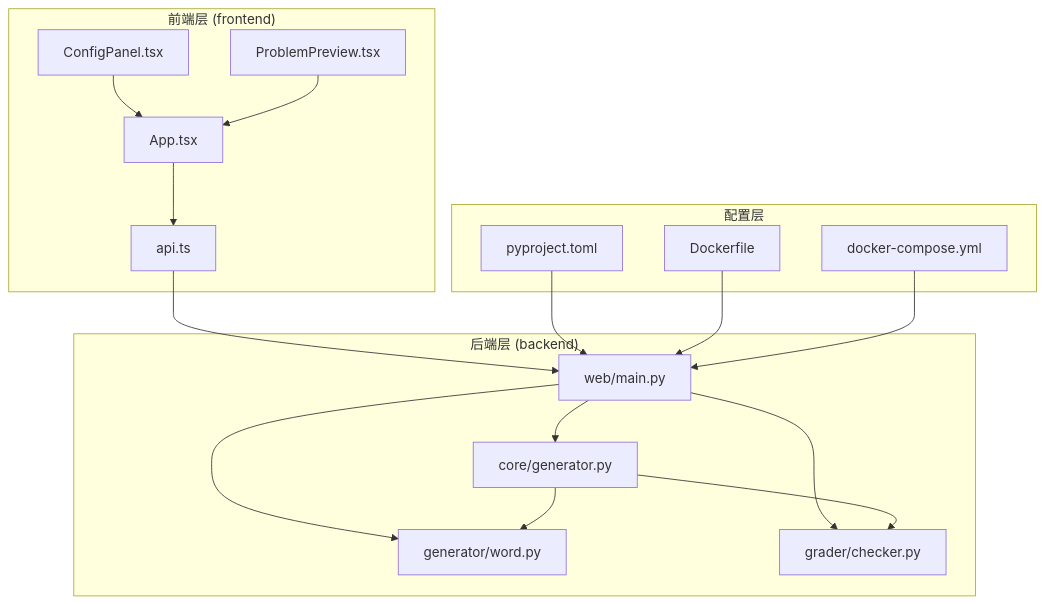
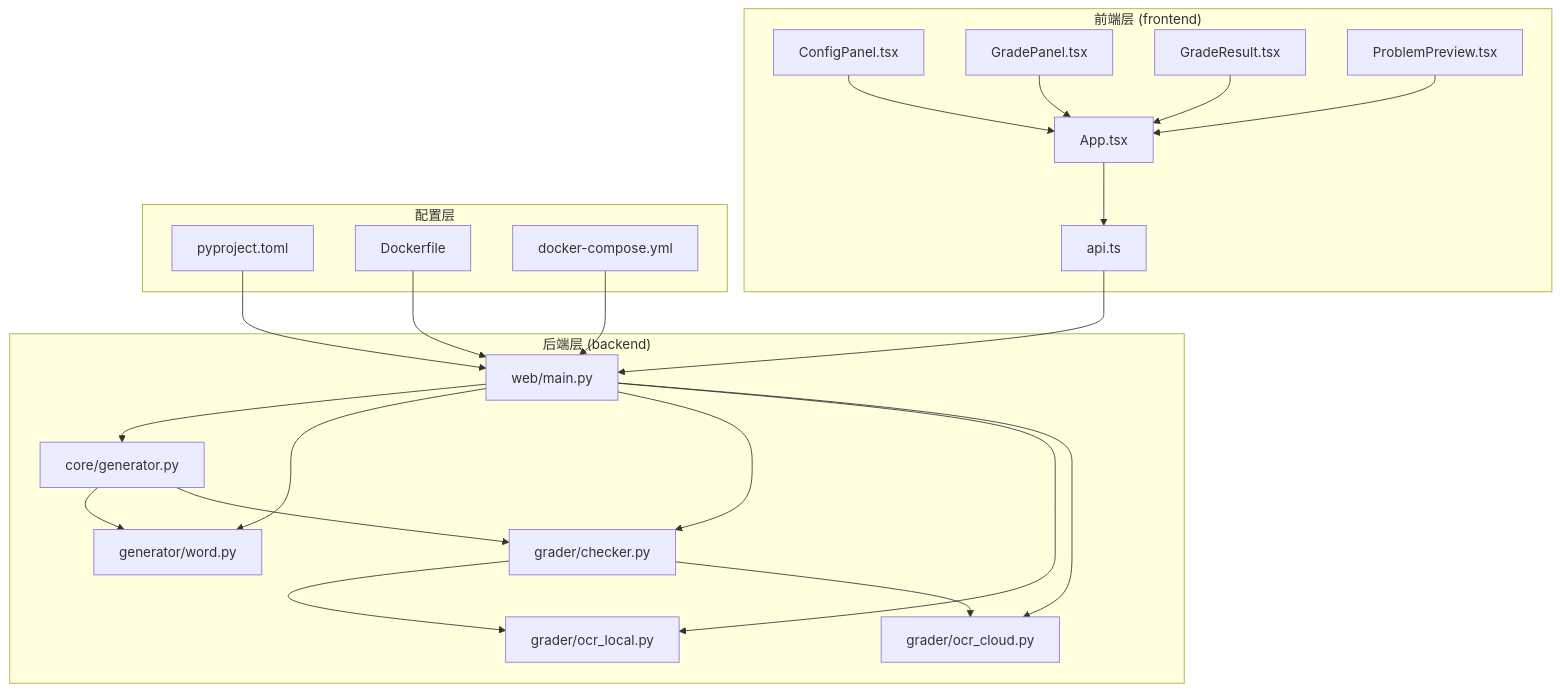
The first of 10 diagrams in .qoder/repowiki/zh/content/项目结构/核心生成器.md (SimonWHL/math-learning), drawn with Mermaid before and after one commit. The commit also changed other lines of this file and 4 other files, not shown here.

Commit message:
fix: resolve 405 Method Not Allowed on POST /api/grade - replace StaticFiles mount with GET-only SPA fallback

````diff
--- a/.qoder/repowiki/zh/content/项目结构/核心生成器.md
+++ b/.qoder/repowiki/zh/content/项目结构/核心生成器.md
@@ -56,32 +65,42 @@
 ```mermaid
 graph TB
 subgraph "前端层 (frontend)"
 FE_App[App.tsx]
 FE_Config[ConfigPanel.tsx]
+FE_GradePanel[GradePanel.tsx]
+FE_GradeResult[GradeResult.tsx]
 FE_Preview[ProblemPreview.tsx]
 FE_API[api.ts]
 end
 subgraph "后端层 (backend)"
 BE_API[web/main.py]
 BE_Core[core/generator.py]
 BE_Word[generator/word.py]
 BE_Grader[grader/checker.py]
+BE_OCR_Local[grader/ocr_local.py]
+BE_OCR_Cloud[grader/ocr_cloud.py]
 end
 subgraph "配置层"
 Config_py[pyproject.toml]
 Config_docker[Dockerfile]
 Config_compose[docker-compose.yml]
 end
 FE_App --> FE_API
 FE_Config --> FE_App
+FE_GradePanel --> FE_App
+FE_GradeResult --> FE_App
 FE_Preview --> FE_App
 FE_API --> BE_API
 BE_API --> BE_Core
 BE_API --> BE_Word
 BE_API --> BE_Grader
+BE_API --> BE_OCR_Local
+BE_API --> BE_OCR_Cloud
 BE_Core --> BE_Word
 BE_Core --> BE_Grader
+BE_Grader --> BE_OCR_Local
+BE_Grader --> BE_OCR_Cloud
 Config_py --> BE_API
 Config_docker --> BE_API
 Config_compose --> BE_API
 ```
````
